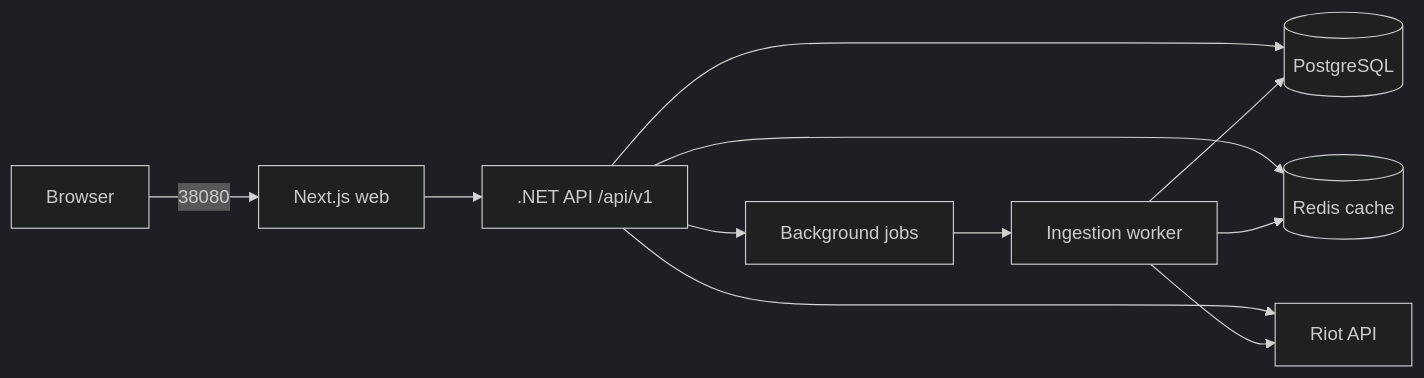
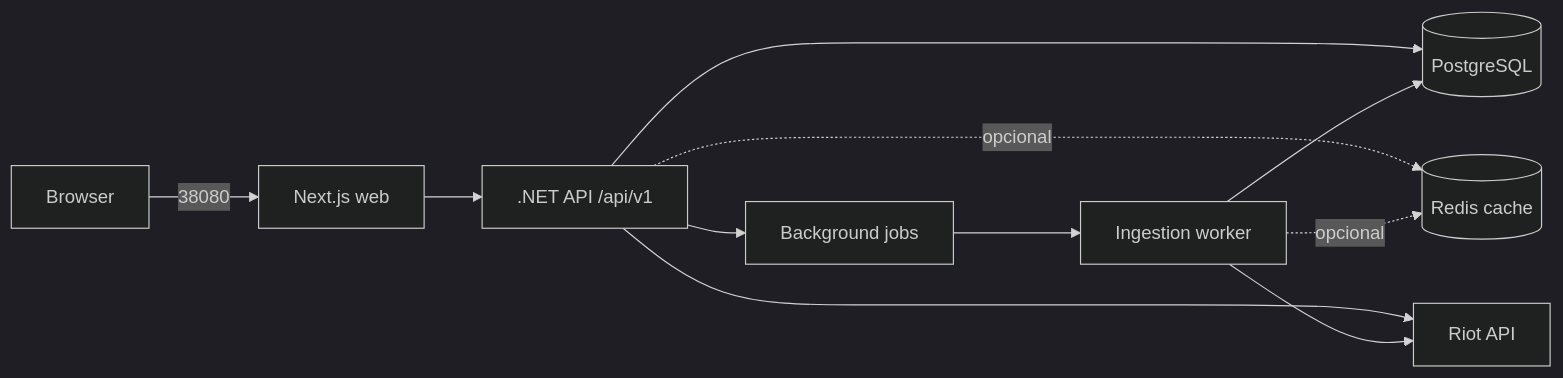
Before and after one commit to D0kker/improved-train: the diagram in docs/ARCHITECTURE.md, drawn with Mermaid (dark theme). The commit also changed other lines of this file and 40 other files, not shown here.

````diff
--- a/docs/ARCHITECTURE.md
+++ b/docs/ARCHITECTURE.md
@@ -13,13 +13,13 @@
 ```mermaid
 flowchart LR
   Browser[Browser] -->|38080| Web[Next.js web]
   Web --> API[.NET API /api/v1]
   API --> Jobs[Background jobs]
   Jobs --> Worker[Ingestion worker]
   API --> Postgres[(PostgreSQL)]
   Worker --> Postgres
-  API --> Redis[(Redis cache)]
-  Worker --> Redis
+  API -. opcional .-> Redis[(Redis cache)]
+  Worker -. opcional .-> Redis
   API --> Riot[Riot API]
   Worker --> Riot
 ```
````
